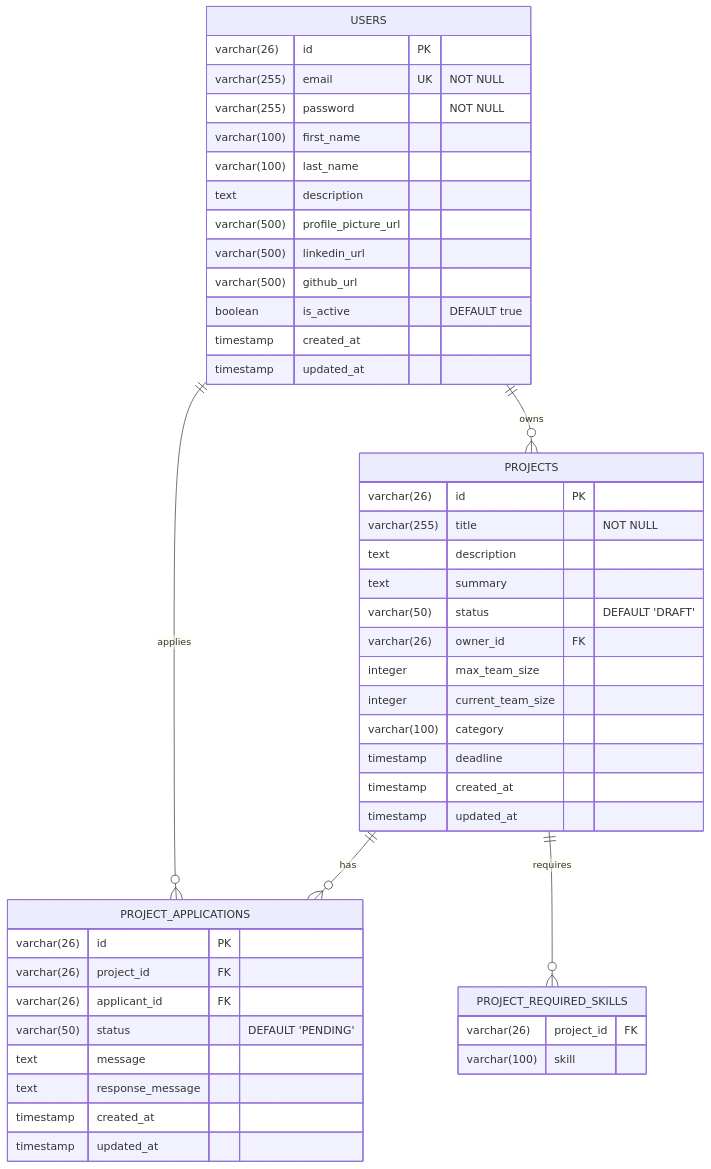
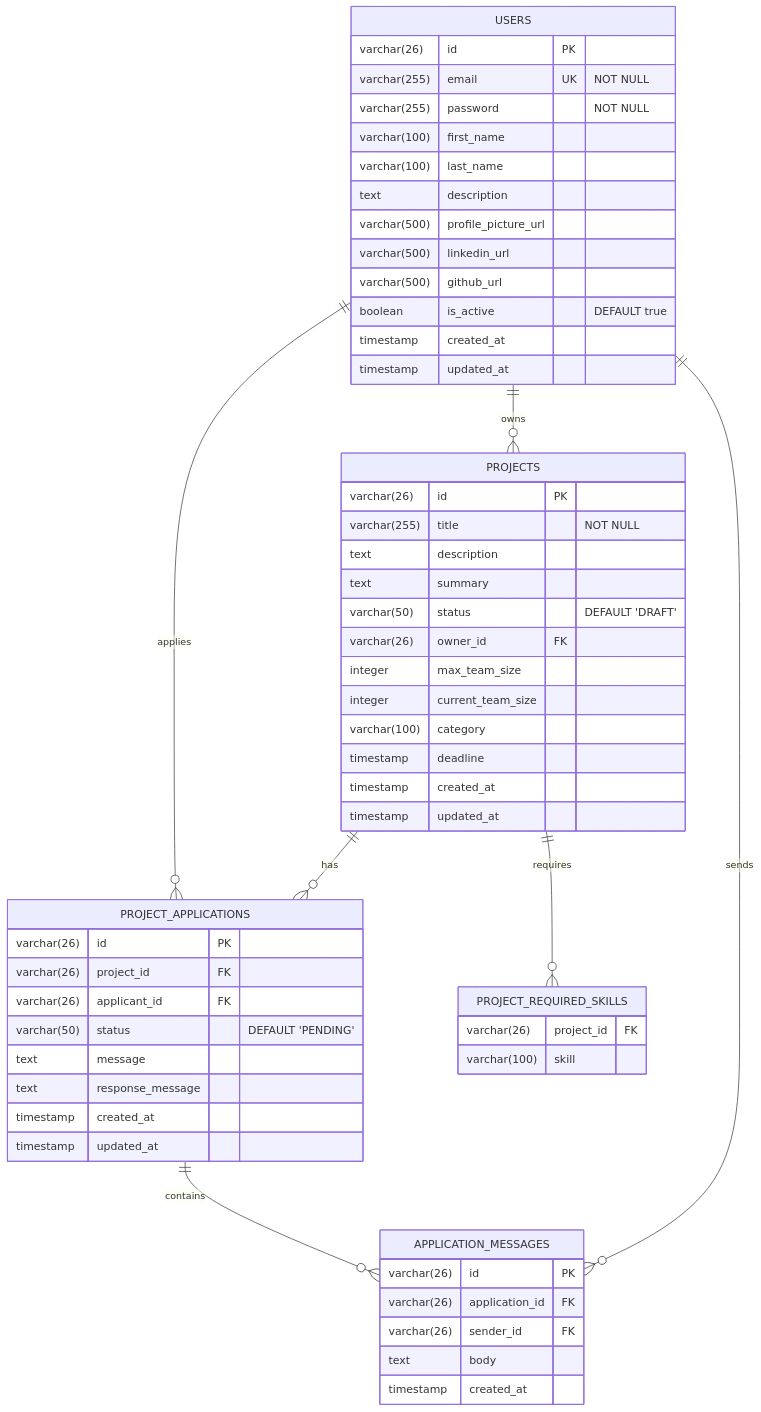
The diagram in docs/DATABASE.md (IYTE-Yazilim-Toplulugu/proje-pazari-backend), drawn with Mermaid before and after one commit. The commit also changed other lines of this file and 21 other files, not shown here.

````diff
--- a/docs/DATABASE.md
+++ b/docs/DATABASE.md
@@ -15,53 +15,63 @@
 ```mermaid
 erDiagram
     USERS {
         varchar(26) id PK
         varchar(255) email UK "NOT NULL"
         varchar(255) password "NOT NULL"
         varchar(100) first_name
         varchar(100) last_name
         text description
         varchar(500) profile_picture_url
         varchar(500) linkedin_url
         varchar(500) github_url
         boolean is_active "DEFAULT true"
         timestamp created_at
         timestamp updated_at
     }
 
     PROJECTS {
         varchar(26) id PK
         varchar(255) title "NOT NULL"
         text description
         text summary
         varchar(50) status "DEFAULT 'DRAFT'"
         varchar(26) owner_id FK
         integer max_team_size
         integer current_team_size
         varchar(100) category
         timestamp deadline
         timestamp created_at
         timestamp updated_at
     }
 
     PROJECT_APPLICATIONS {
         varchar(26) id PK
         varchar(26) project_id FK
         varchar(26) applicant_id FK
         varchar(50) status "DEFAULT 'PENDING'"
         text message
         text response_message
         timestamp created_at
         timestamp updated_at
     }
 
+    APPLICATION_MESSAGES {
+        varchar(26) id PK
+        varchar(26) application_id FK
+        varchar(26) sender_id FK
+        text body
+        timestamp created_at
+    }
+
     PROJECT_REQUIRED_SKILLS {
         varchar(26) project_id FK
         varchar(100) skill
     }
 
     USERS ||--o{ PROJECTS : "owns"
     USERS ||--o{ PROJECT_APPLICATIONS : "applies"
     PROJECTS ||--o{ PROJECT_APPLICATIONS : "has"
+    PROJECT_APPLICATIONS ||--o{ APPLICATION_MESSAGES : "contains"
+    USERS ||--o{ APPLICATION_MESSAGES : "sends"
     PROJECTS ||--o{ PROJECT_REQUIRED_SKILLS : "requires"
 ```
````
